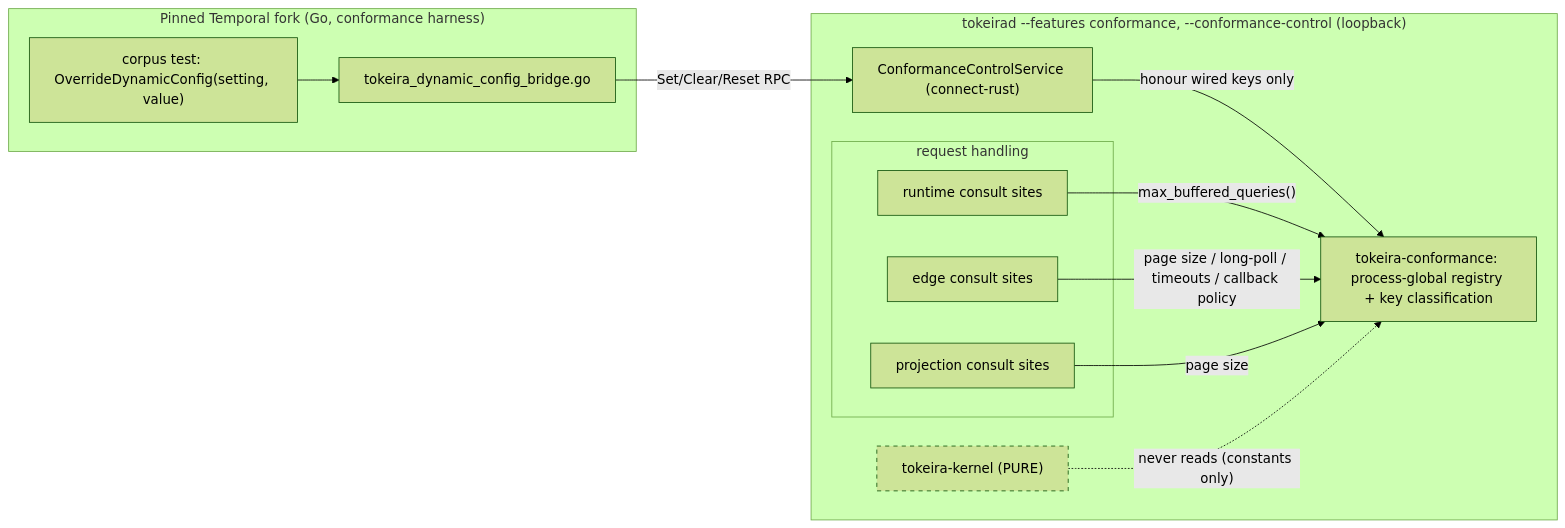
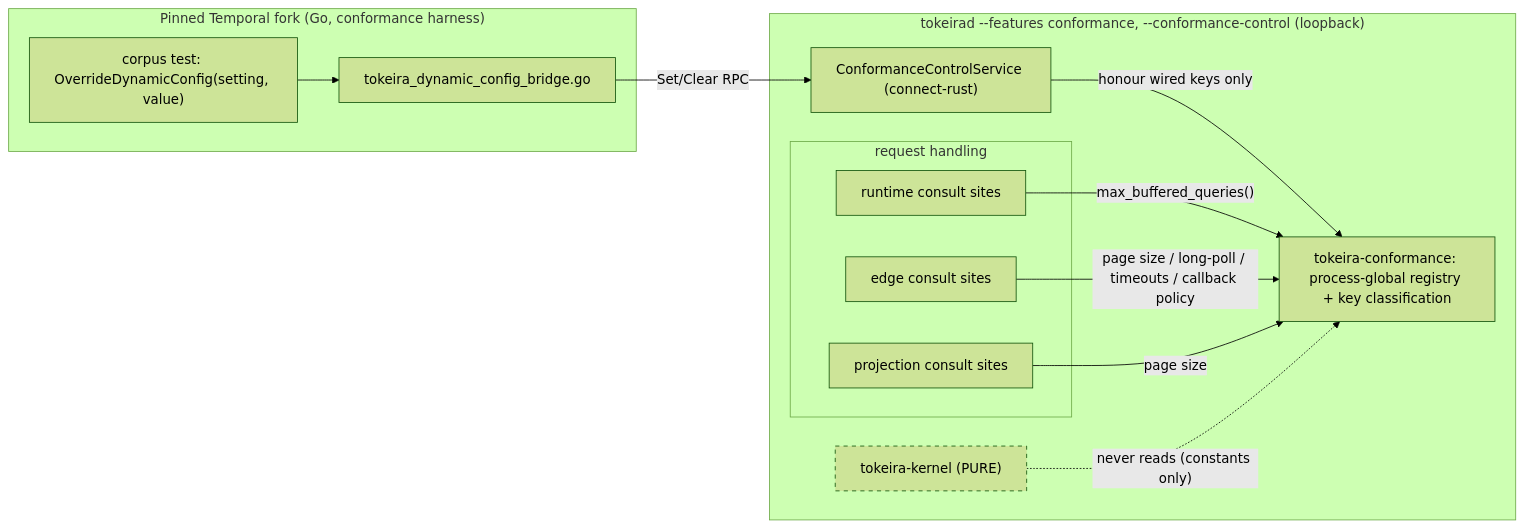
The diagram in .kiro/specs/conformance-config-override/design.md (tokeira/tokeira), drawn with Mermaid (forest theme) before and after one commit. The commit also changed other lines of this file and 5 other files, not shown here.

````diff
--- a/.kiro/specs/conformance-config-override/design.md
+++ b/.kiro/specs/conformance-config-override/design.md
@@ -49,29 +50,29 @@
 ```mermaid
 flowchart LR
     subgraph Fork["Pinned Temporal fork (Go, conformance harness)"]
         Test["corpus test: OverrideDynamicConfig(setting, value)"]
         Bridge["tokeira_dynamic_config_bridge.go"]
         Test --> Bridge
     end
 
     subgraph Tokeirad["tokeirad --features conformance, --conformance-control (loopback)"]
         Ctl["ConformanceControlService (connect-rust)"]
         Reg["tokeira-conformance: process-global registry + key classification"]
-        Bridge -->|Set/Clear/Reset RPC| Ctl
+        Bridge -->|Set/Clear RPC| Ctl
         Ctl -->|honour wired keys only| Reg
 
         subgraph Data["request handling"]
             RT["runtime consult sites"]
             ED["edge consult sites"]
             PJ["projection consult sites"]
         end
         RT -->|"max_buffered_queries()"| Reg
         ED -->|"page size / long-poll / timeouts / callback policy"| Reg
         PJ -->|"page size"| Reg
 
         Kernel["tokeira-kernel (PURE)"]
         Kernel -. "never reads (constants only)" .-> Reg
     end
 
     style Kernel stroke-dasharray: 5 5
 ```
````
